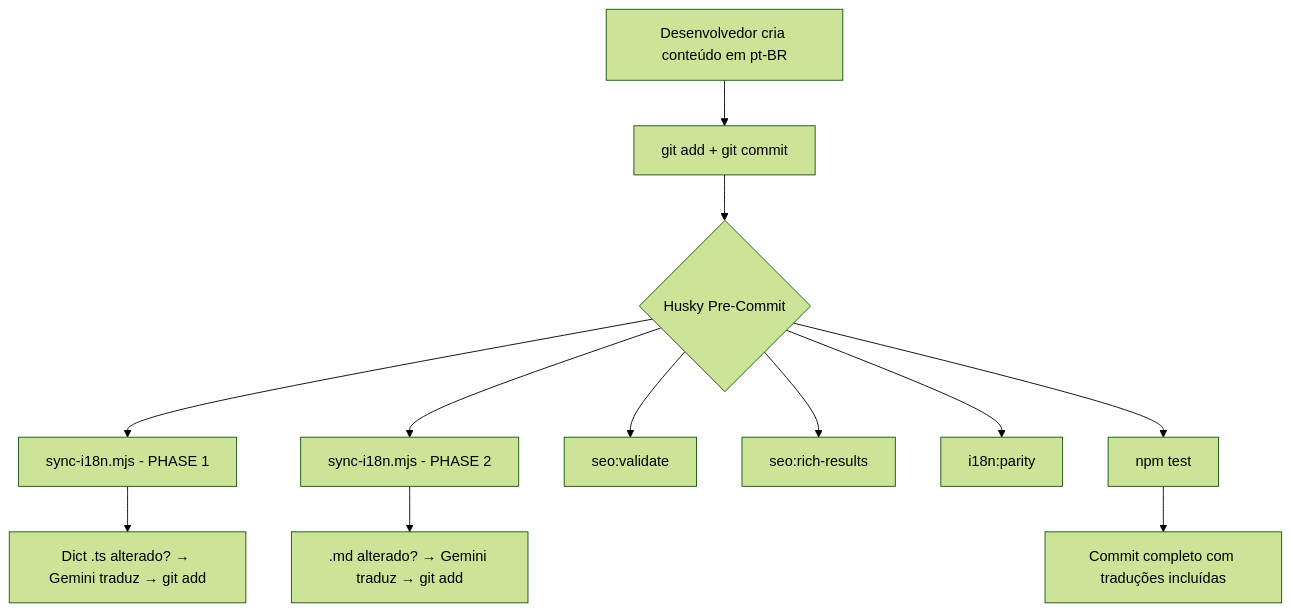
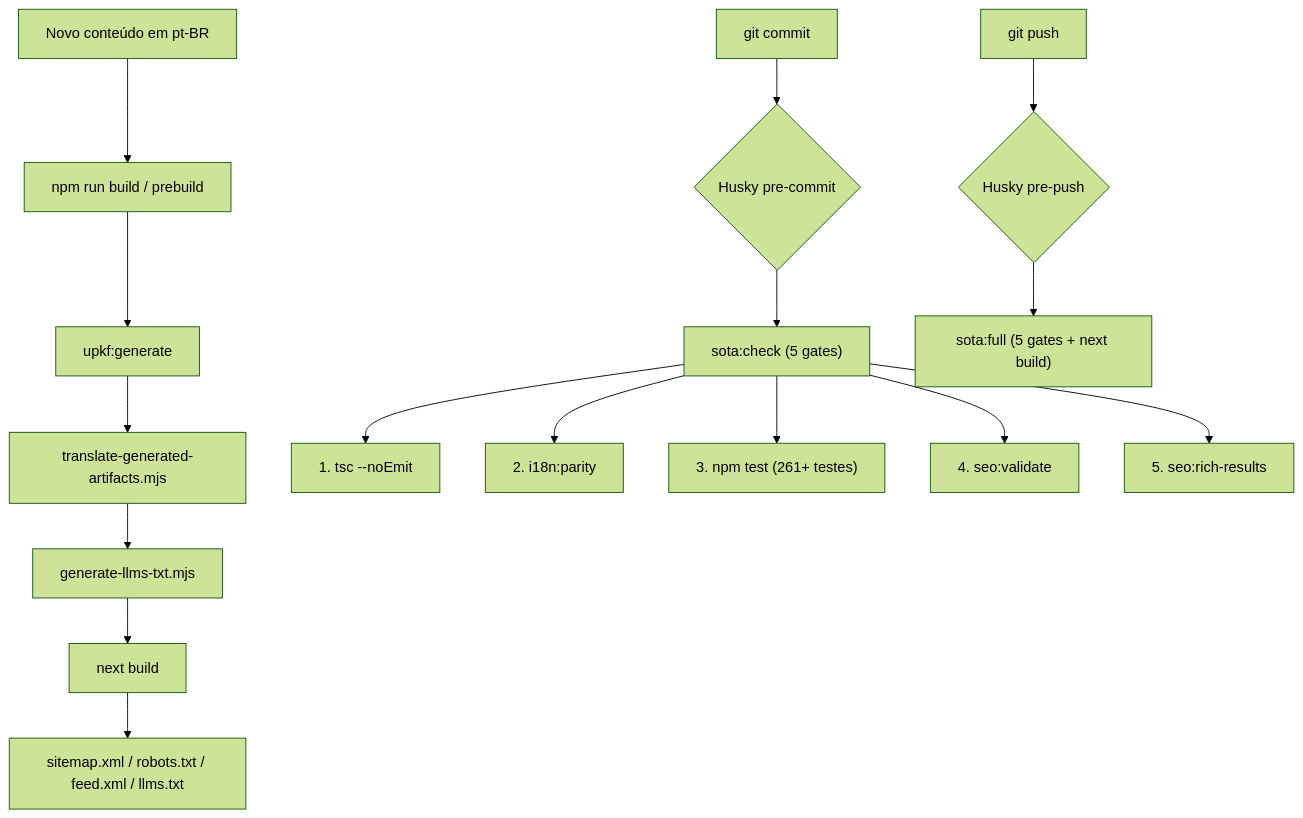
Before and after one commit to ulissesflores/ulisses-website: the diagram in docs/i18n-workflow.md, drawn with Mermaid (forest theme). The commit also changed other lines of this file and 2 other files, not shown here.

````diff
--- a/docs/i18n-workflow.md
+++ b/docs/i18n-workflow.md
@@ -7,14 +25,20 @@
 ```mermaid
 graph TD
-    A[Desenvolvedor cria conteúdo em pt-BR] --> B[git add + git commit]
-    B --> C{Husky Pre-Commit}
-    C --> D[sync-i18n.mjs - PHASE 1]
-    D --> D1[Dict .ts alterado? → Gemini traduz → git add]
-    C --> E[sync-i18n.mjs - PHASE 2]
-    E --> E1[.md alterado? → Gemini traduz → git add]
-    C --> F[seo:validate]
-    C --> G[seo:rich-results]
-    C --> H[i18n:parity]
-    C --> I[npm test]
-    I --> J[Commit completo com traduções incluídas]
+    A[Novo conteúdo em pt-BR] --> B[npm run build / prebuild]
+    B --> C[upkf:generate]
+    C --> D[translate-generated-artifacts.mjs]
+    D --> E["generate-llms-txt.mjs"]
+    E --> F[next build]
+    F --> G["sitemap.xml / robots.txt / feed.xml / llms.txt"]
+
+    H[git commit] --> I{Husky pre-commit}
+    I --> J["sota:check (5 gates)"]
+    J --> K["1. tsc --noEmit"]
+    J --> L["2. i18n:parity"]
+    J --> M["3. npm test (261+ testes)"]
+    J --> N["4. seo:validate"]
+    J --> O["5. seo:rich-results"]
+    
+    P[git push] --> Q{Husky pre-push}
+    Q --> R["sota:full (5 gates + next build)"]
 ```
````
